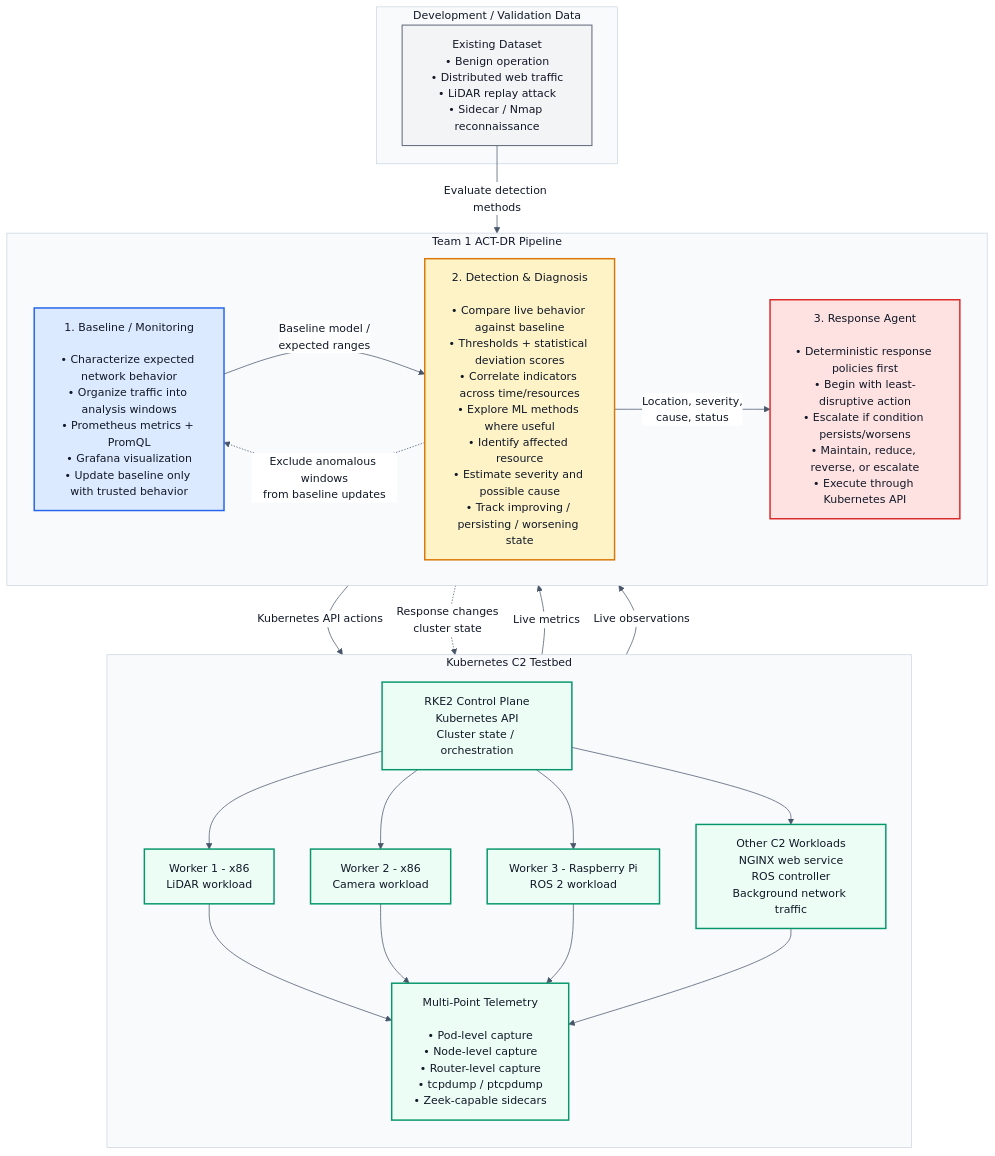
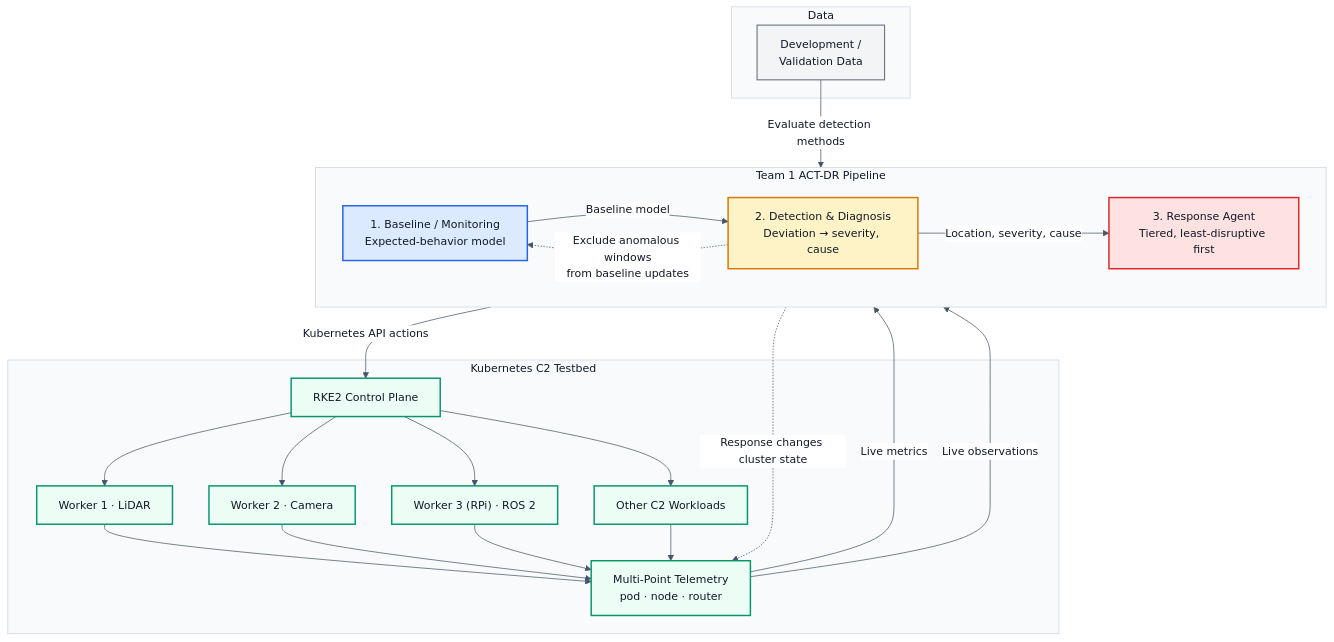
The diagram in docs/act-dr-architecture.md (COStmau/RTCT1), drawn with Mermaid before and after one commit. The commit also changed other lines of this file and 2 other files, not shown here.

First line of the commit message:
docs: make architecture figure landscape and export for slides

````diff
--- a/docs/act-dr-architecture.md
+++ b/docs/act-dr-architecture.md
@@ -5,49 +7,48 @@
 ```mermaid
 %%{init: {"theme": "base", "themeVariables": {"fontFamily": "-apple-system,BlinkMacSystemFont,Segoe UI,Helvetica,Arial,sans-serif", "fontSize": "15px", "primaryTextColor": "#111827", "secondaryTextColor": "#111827", "tertiaryTextColor": "#111827", "lineColor": "#475569", "edgeLabelBackground": "#ffffff", "clusterBkg": "#f8fafc", "clusterBorder": "#cbd5e1"}}}%%
 flowchart TB
 
-    subgraph K8S["Kubernetes C2 Testbed"]
-        direction TB
-        CP["RKE2 Control Plane<br/>Kubernetes API<br/>Cluster state / orchestration"]
-        CP --> W1["Worker 1 - x86<br/>LiDAR workload"]
-        CP --> W2["Worker 2 - x86<br/>Camera workload"]
-        CP --> W3["Worker 3 - Raspberry Pi<br/>ROS 2 workload"]
-        CP --> OT["Other C2 Workloads<br/>NGINX web service<br/>ROS controller<br/>Background network traffic"]
-        W1 --> TEL["Multi-Point Telemetry<br/><br/>• Pod-level capture<br/>• Node-level capture<br/>• Router-level capture<br/>• tcpdump / ptcpdump<br/>• Zeek-capable sidecars"]
-        W2 --> TEL
-        W3 --> TEL
-        OT --> TEL
+    subgraph PIPE["Team 1 ACT-DR Pipeline"]
+        direction LR
+        B["1. Baseline / Monitoring<br/>Expected-behavior model"]
+        DD["2. Detection &amp; Diagnosis<br/>Deviation → severity, cause"]
+        R["3. Response Agent<br/>Tiered, least-disruptive first"]
+        B -->|"Baseline model"| DD
+        DD -->|"Location, severity, cause"| R
     end
 
-    subgraph PIPE["Team 1 ACT-DR Pipeline"]
-        direction LR
-        B["1. Baseline / Monitoring<br/><br/>• Characterize expected network behavior<br/>• Organize traffic into analysis windows<br/>• Prometheus metrics + PromQL<br/>• Grafana visualization<br/>• Update baseline only with trusted behavior"]
-        DD["2. Detection & Diagnosis<br/><br/>• Compare live behavior against baseline<br/>• Thresholds + statistical deviation scores<br/>• Correlate indicators across time/resources<br/>• Explore ML methods where useful<br/>• Identify affected resource<br/>• Estimate severity and possible cause<br/>• Track improving / persisting / worsening state"]
-        R["3. Response Agent<br/><br/>• Deterministic response policies first<br/>• Begin with least-disruptive action<br/>• Escalate if condition persists/worsens<br/>• Maintain, reduce, reverse, or escalate<br/>• Execute through Kubernetes API"]
-        B -->|"Baseline model /<br/>expected ranges"| DD
-        DD -->|"Location, severity,<br/>cause, status"| R
+    subgraph K8S["Kubernetes C2 Testbed"]
+        CP["RKE2 Control Plane"]
+        W1["Worker 1 · LiDAR"]
+        W2["Worker 2 · Camera"]
+        W3["Worker 3 (RPi) · ROS 2"]
+        OT["Other C2 Workloads"]
+        TEL["Multi-Point Telemetry<br/>pod · node · router"]
+
+        CP --> W1 & W2 & W3 & OT
+        W1 & W2 & W3 & OT --> TEL
     end
 
-    subgraph DATA["Development / Validation Data"]
-        D1["Existing Dataset<br/>• Benign operation<br/>• Distributed web traffic<br/>• LiDAR replay attack<br/>• Sidecar / Nmap reconnaissance"]
+    subgraph DATA["Data"]
+        D1["Development /<br/>Validation Data"]
     end
 
     D1 -->|"Evaluate detection methods"| DD
     TEL -->|"Live metrics"| B
     TEL -->|"Live observations"| DD
     R -->|"Kubernetes API actions"| CP
-    R -.->|"Response changes<br/>cluster state"| TEL
+    R -.->|"Response changes cluster state"| TEL
     DD -.->|"Exclude anomalous windows<br/>from baseline updates"| B
 
     classDef baseline fill:#dbeafe,stroke:#2563eb,color:#111827,stroke-width:2px;
     classDef detection fill:#fef3c7,stroke:#d97706,color:#111827,stroke-width:2px;
     classDef response fill:#fee2e2,stroke:#dc2626,color:#111827,stroke-width:2px;
     classDef k8snode fill:#ecfdf5,stroke:#059669,color:#111827,stroke-width:2px;
     classDef data fill:#f3f4f6,stroke:#6b7280,color:#111827,stroke-width:1.5px;
 
     class B baseline;
     class DD detection;
     class R response;
     class CP,W1,W2,W3,OT,TEL k8snode;
     class D1 data;
 ```
````
